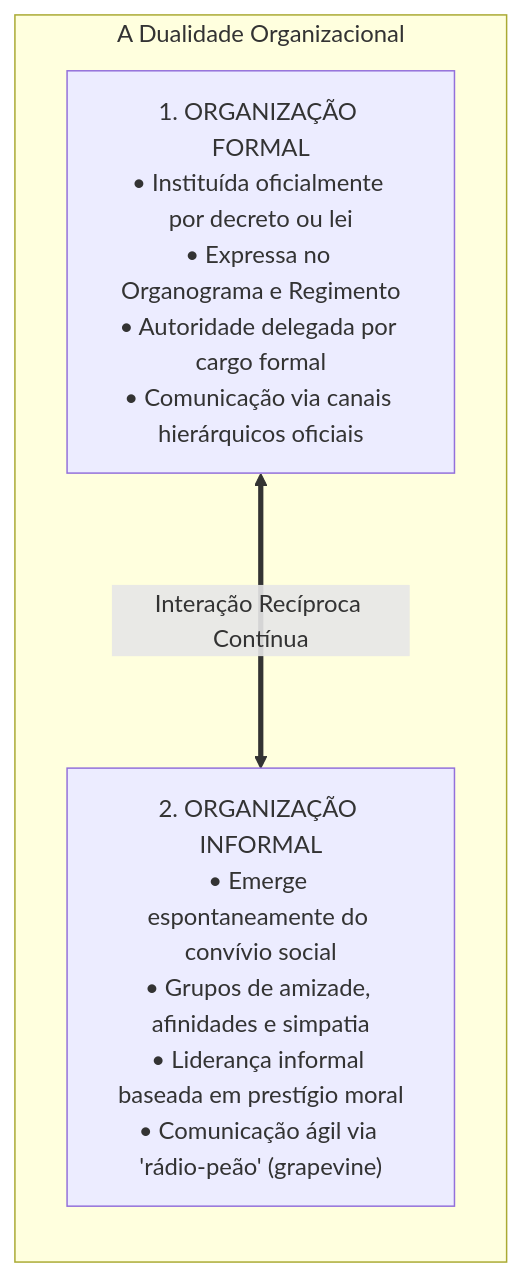
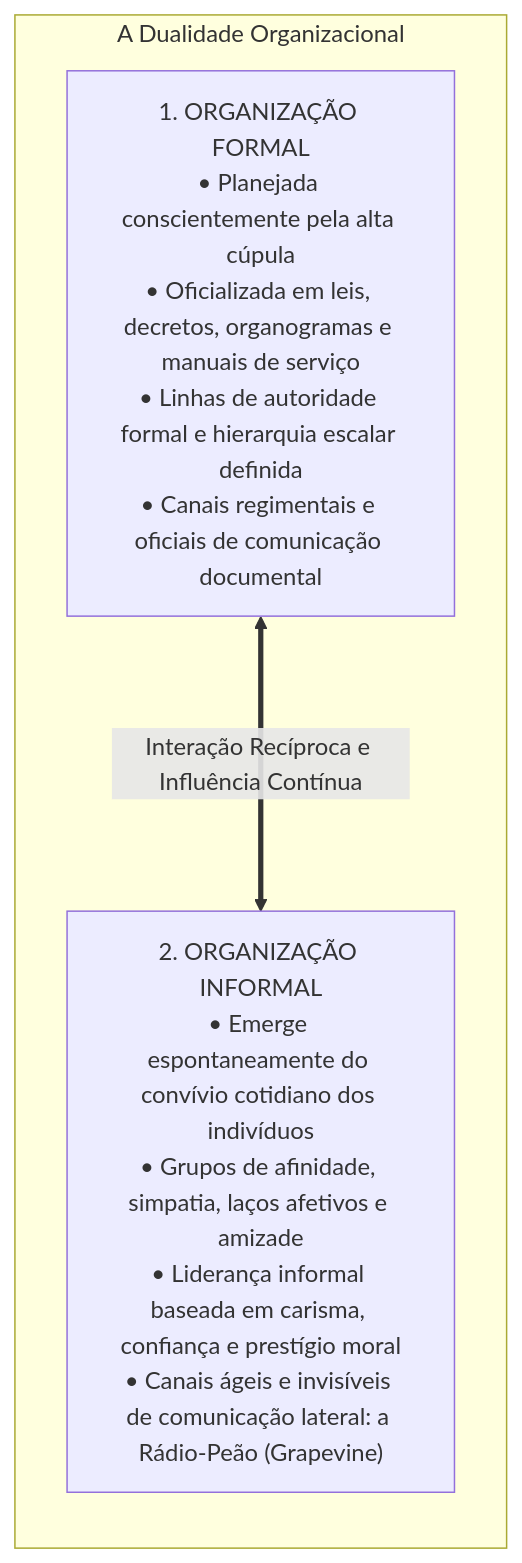
The third of 5 diagrams in fontes_de_estudo/conhecimentos_especificos_a01_tecnico_administrativo/22_administracao_geral/02_organizacao_racional_do_trabalho_estruturas_e_ambientes.md (thiagosantos346/TCE-GO-2027), drawn with Mermaid before and after one commit. The commit also changed other lines of this file and 119 other files, not shown here.

````diff
--- a/fontes_de_estudo/conhecimentos_especificos_a01_tecnico_administrativo/22_administracao_geral/02_organizacao_racional_do_trabalho_estruturas_e_ambientes.md
+++ b/fontes_de_estudo/conhecimentos_especificos_a01_tecnico_administrativo/22_administracao_geral/02_organizacao_racional_do_trabalho_estruturas_e_ambientes.md
@@ -135,11 +119,11 @@
 ```mermaid
 flowchart TD
     subgraph Organizacao_Dual ["A Dualidade Organizacional"]
         direction TB
-        OF["1. ORGANIZAÇÃO FORMAL<br/>• Instituída oficialmente por decreto ou lei<br/>• Expressa no Organograma e Regimento<br/>• Autoridade delegada por cargo formal<br/>• Comunicação via canais hierárquicos oficiais"]
+        OF["1. ORGANIZAÇÃO FORMAL<br/>• Planejada conscientemente pela alta cúpula<br/>• Oficializada em leis, decretos, organogramas e manuais de serviço<br/>• Linhas de autoridade formal e hierarquia escalar definida<br/>• Canais regimentais e oficiais de comunicação documental"]
         
-        OI["2. ORGANIZAÇÃO INFORMAL<br/>• Emerge espontaneamente do convívio social<br/>• Grupos de amizade, afinidades e simpatia<br/>• Liderança informal baseada em prestígio moral<br/>• Comunicação ágil via 'rádio-peão' (grapevine)"]
+        OI["2. ORGANIZAÇÃO INFORMAL<br/>• Emerge espontaneamente do convívio cotidiano dos indivíduos<br/>• Grupos de afinidade, simpatia, laços afetivos e amizade<br/>• Liderança informal baseada em carisma, confiança e prestígio moral<br/>• Canais ágeis e invisíveis de comunicação lateral: a Rádio-Peão (Grapevine)"]
         
-        OF <===>|"Interação Recíproca Contínua"| OI
+        OF <===>|"Interação Recíproca e Influência Contínua"| OI
     end
 ```
````
